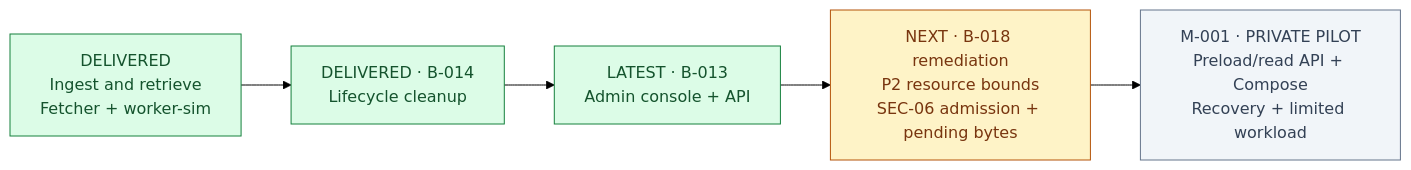
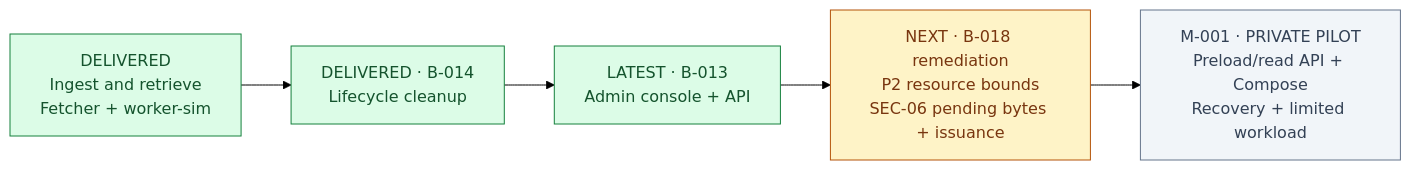
Before and after one commit to mezanno/prototype_cache: the second of 2 diagrams in docs/OVERVIEW.md, drawn with Mermaid (forest theme). The commit also changed other lines of this file and 17 other files, not shown here.

````diff
--- a/docs/OVERVIEW.md
+++ b/docs/OVERVIEW.md
@@ -110,14 +110,14 @@
 ```mermaid
 flowchart LR
     core["DELIVERED<br/>Ingest and retrieve<br/>Fetcher + worker-sim"]
     lifecycle["DELIVERED · B-014<br/>Lifecycle cleanup"]
     admin["LATEST · B-013<br/>Admin console + API"]
-    security["NEXT · B-018 remediation<br/>P2 resource bounds<br/>SEC-06 admission + pending bytes"]
+    security["NEXT · B-018 remediation<br/>P2 resource bounds<br/>SEC-06 pending bytes + issuance"]
     readiness["M-001 · PRIVATE PILOT<br/>Preload/read API + Compose<br/>Recovery + limited workload"]
     core --> lifecycle --> admin --> security --> readiness
     style core fill:#dcfce7,stroke:#15803d,color:#14532d
     style lifecycle fill:#dcfce7,stroke:#15803d,color:#14532d
     style admin fill:#dcfce7,stroke:#15803d,color:#14532d
     style security fill:#fef3c7,stroke:#b45309,color:#78350f
     style readiness fill:#f1f5f9,stroke:#64748b,color:#334155
 ```
````
